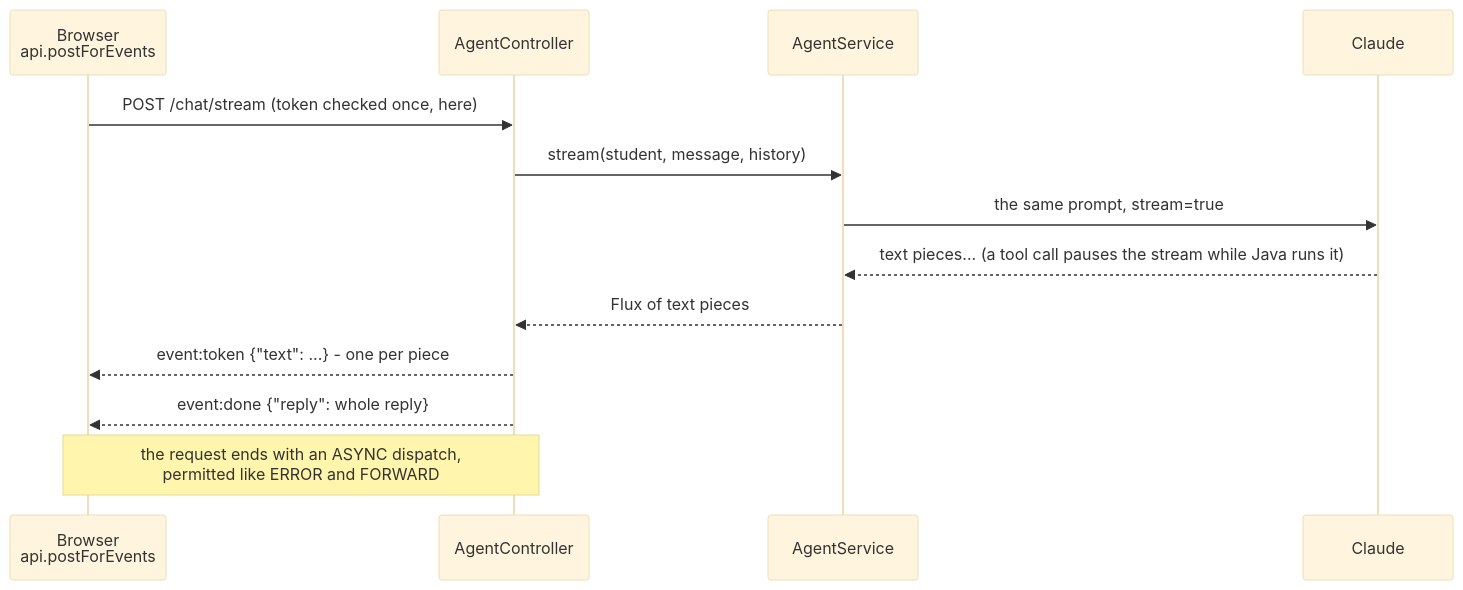
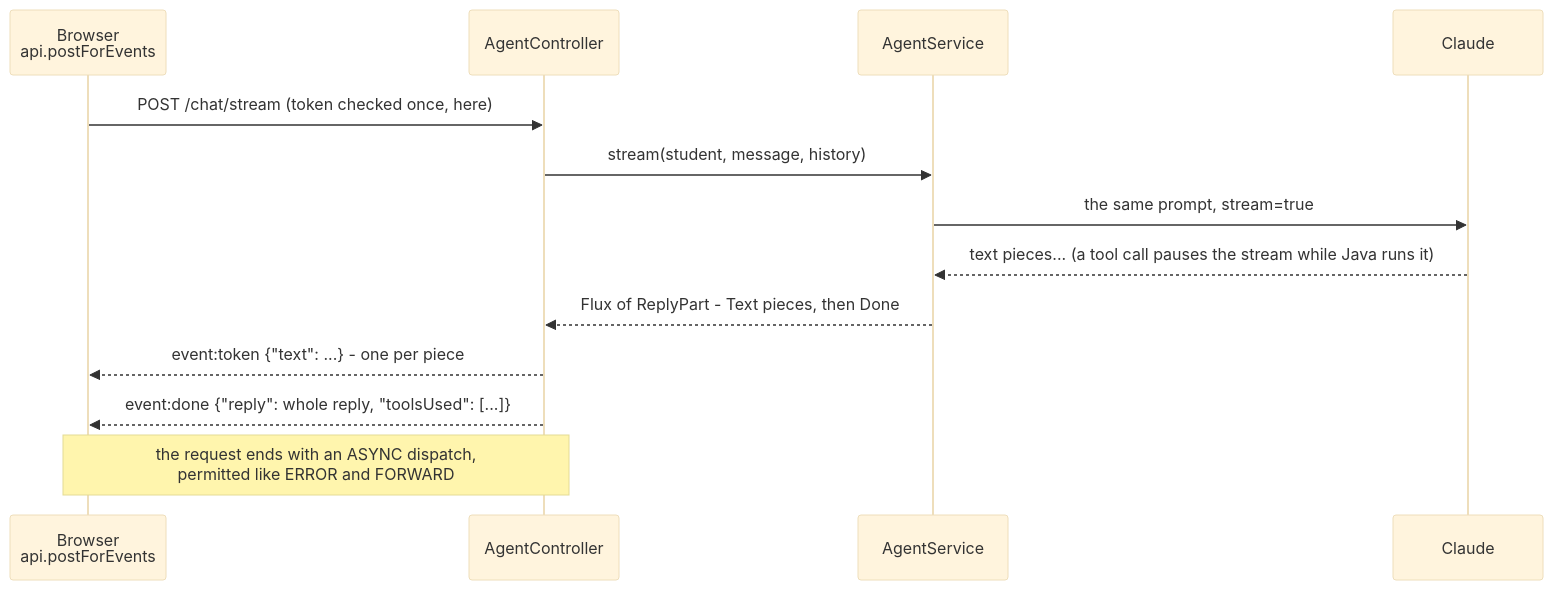
Diagram 11 of 12 in docs/ARCHITECTURE.md (RishitheB0T/placement-prep), drawn with Mermaid (base theme) before and after one commit. The commit also changed other lines of this file and 4 other files, not shown here.

First line of the commit message:
document toolsUsed and the AI evaluations

````diff
--- a/docs/ARCHITECTURE.md
+++ b/docs/ARCHITECTURE.md
@@ -528,16 +528,16 @@
 ```mermaid
 sequenceDiagram
     participant B as Browser<br/>api.postForEvents
     participant C as AgentController
     participant S as AgentService
     participant AI as Claude
 
     B->>C: POST /chat/stream (token checked once, here)
     C->>S: stream(student, message, history)
     S->>AI: the same prompt, stream=true
     AI-->>S: text pieces... (a tool call pauses the stream while Java runs it)
-    S-->>C: Flux of text pieces
+    S-->>C: Flux of ReplyPart - Text pieces, then Done
     C-->>B: event:token {"text": ...}  - one per piece
-    C-->>B: event:done {"reply": whole reply}
+    C-->>B: event:done {"reply": whole reply, "toolsUsed": [...]}
     Note over B,C: the request ends with an ASYNC dispatch,<br/>permitted like ERROR and FORWARD
 ```
````
